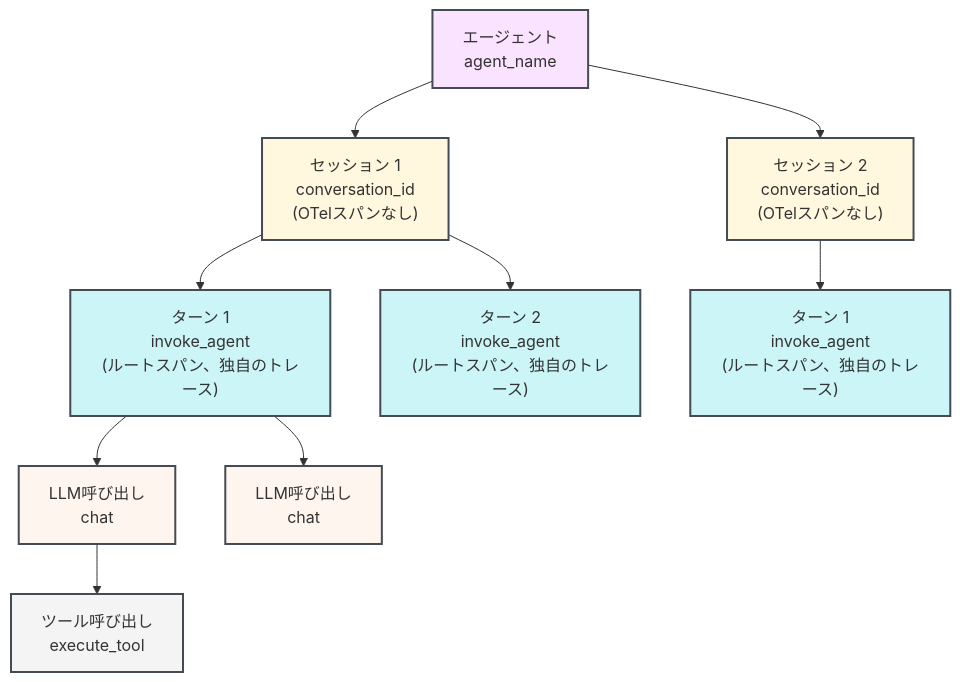
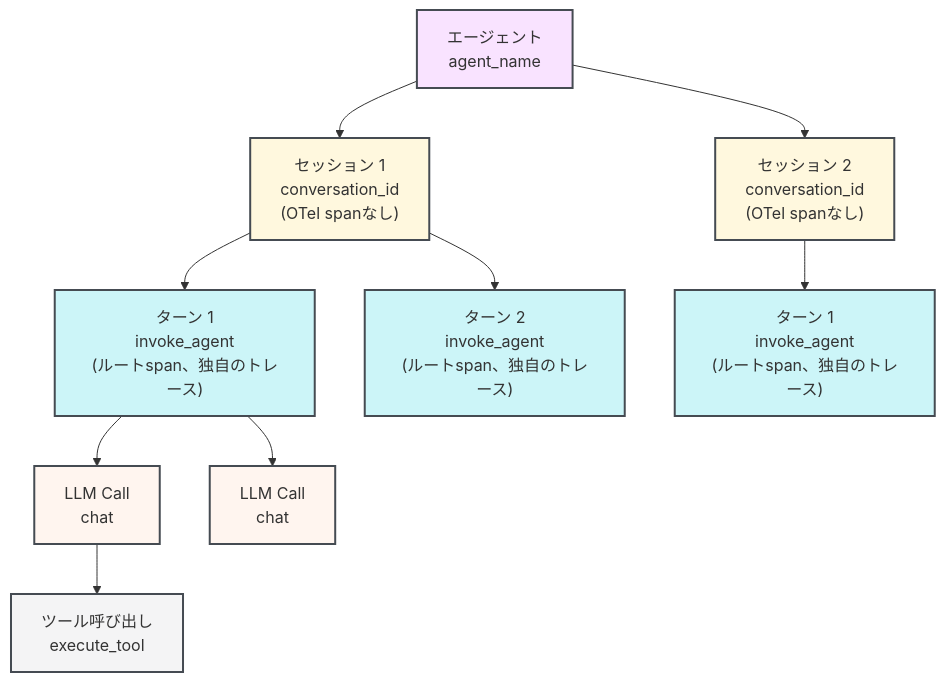
One commit to wandb/docs changed the diagram in ja/weave/guides/tracking/trace-agents.mdx. Above: the diagram before and after it, drawn with Mermaid. The commit also changed other lines of this file and 271 other files, not shown here.

````diff
--- a/ja/weave/guides/tracking/trace-agents.mdx
+++ b/ja/weave/guides/tracking/trace-agents.mdx
@@ -74,34 +77,34 @@
 ```mermaid
 flowchart TB
     Agent["エージェント<br/>agent_name"]
 
     Agent --> S1 & S2
 
-    S1["セッション 1<br/>conversation_id<br/>(OTelスパンなし)"]
-    S2["セッション 2<br/>conversation_id<br/>(OTelスパンなし)"]
+    S1["セッション 1<br/>conversation_id<br/>(OTel spanなし)"]
+    S2["セッション 2<br/>conversation_id<br/>(OTel spanなし)"]
 
     S1 --> T1 & T2
     S2 --> T3
 
-    T1["ターン 1<br/>invoke_agent<br/>(ルートスパン、独自のトレース)"]
-    T2["ターン 2<br/>invoke_agent<br/>(ルートスパン、独自のトレース)"]
-    T3["ターン 1<br/>invoke_agent<br/>(ルートスパン、独自のトレース)"]
+    T1["ターン 1<br/>invoke_agent<br/>(ルートspan、独自のトレース)"]
+    T2["ターン 2<br/>invoke_agent<br/>(ルートspan、独自のトレース)"]
+    T3["ターン 1<br/>invoke_agent<br/>(ルートspan、独自のトレース)"]
 
     T1 --> L1 & L2
-    L1["LLM呼び出し<br/>chat"]
-    L2["LLM呼び出し<br/>chat"]
+    L1["LLM Call<br/>chat"]
+    L2["LLM Call<br/>chat"]
 
     L1 --> Tool1["ツール呼び出し<br/>execute_tool"]
 
     classDef agent fill:#DE72FF33,stroke:#454B52,stroke-width:2px
     classDef session fill:#FFD95C33,stroke:#454B52,stroke-width:2px
     classDef turn fill:#00CDDB33,stroke:#454B52,stroke-width:2px
     classDef llm fill:#FFCBAD33,stroke:#454B52,stroke-width:2px
     classDef tool fill:#f4f4f5,stroke:#454B52,stroke-width:2px
 
     class Agent agent
     class S1,S2 session
     class T1,T2,T3 turn
     class L1,L2 llm
     class Tool1 tool
 ```
````
